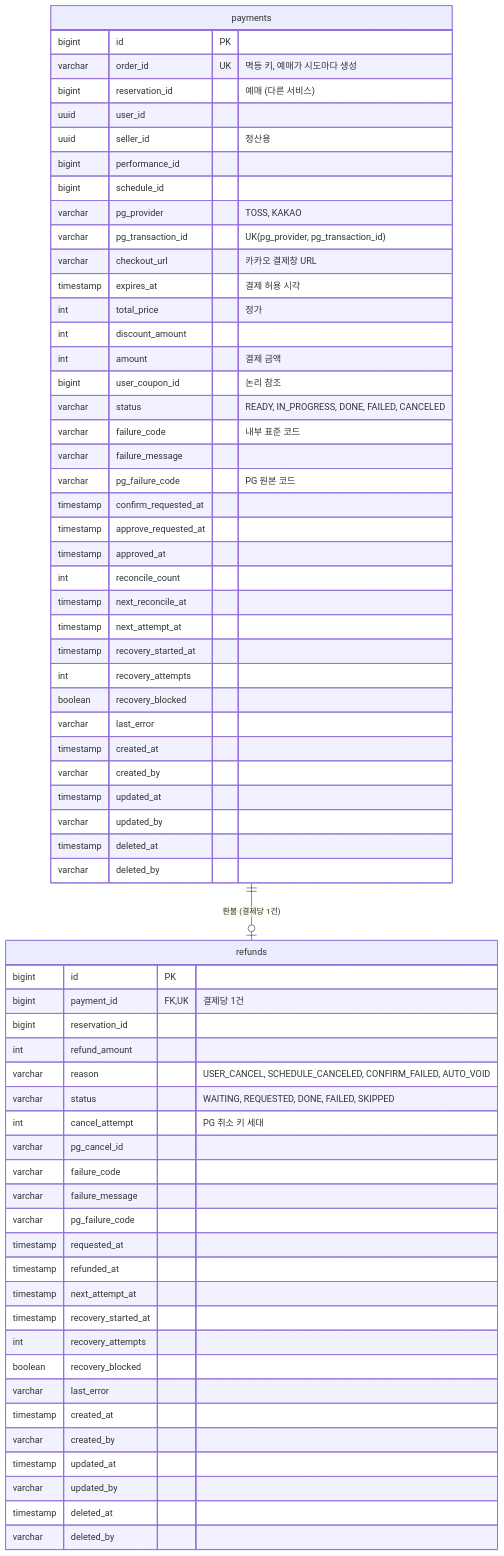
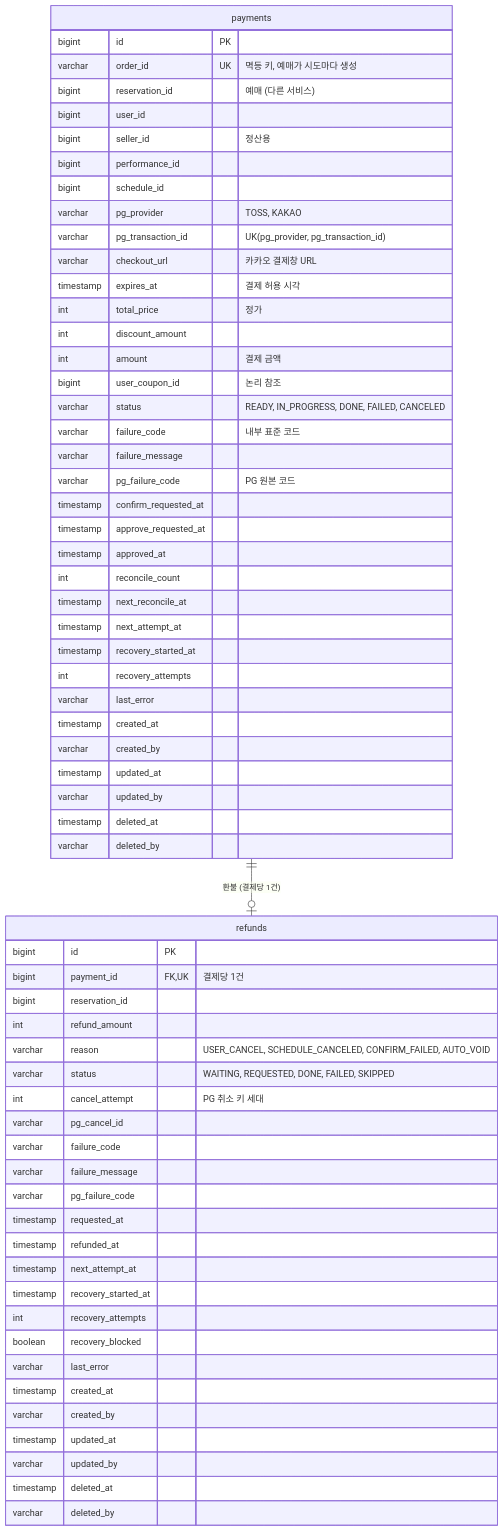
The first of 2 diagrams in docs/payment/tables.md (Good-Ticket-Service/ticket), drawn with Mermaid before and after one commit. The commit also changed other lines of this file and 27 other files, not shown here.

````diff
--- a/docs/payment/tables.md
+++ b/docs/payment/tables.md
@@ -13,69 +13,68 @@
 ```mermaid
 erDiagram
     payments ||--o| refunds : "환불 (결제당 1건)"
 
     payments {
         bigint id PK
         varchar order_id UK "멱등 키, 예매가 시도마다 생성"
         bigint reservation_id "예매 (다른 서비스)"
-        uuid user_id
-        uuid seller_id "정산용"
+        bigint user_id
+        bigint seller_id "정산용"
         bigint performance_id
         bigint schedule_id
         varchar pg_provider "TOSS, KAKAO"
         varchar pg_transaction_id "UK(pg_provider, pg_transaction_id)"
         varchar checkout_url "카카오 결제창 URL"
         timestamp expires_at "결제 허용 시각"
         int total_price "정가"
         int discount_amount
         int amount "결제 금액"
         bigint user_coupon_id "논리 참조"
         varchar status "READY, IN_PROGRESS, DONE, FAILED, CANCELED"
         varchar failure_code "내부 표준 코드"
         varchar failure_message
         varchar pg_failure_code "PG 원본 코드"
         timestamp confirm_requested_at
         timestamp approve_requested_at
         timestamp approved_at
         int reconcile_count
         timestamp next_reconcile_at
         timestamp next_attempt_at
         timestamp recovery_started_at
         int recovery_attempts
-        boolean recovery_blocked
         varchar last_error
         timestamp created_at
         varchar created_by
         timestamp updated_at
         varchar updated_by
         timestamp deleted_at
         varchar deleted_by
     }
 
     refunds {
         bigint id PK
         bigint payment_id FK, UK "결제당 1건"
         bigint reservation_id
         int refund_amount
         varchar reason "USER_CANCEL, SCHEDULE_CANCELED, CONFIRM_FAILED, AUTO_VOID"
         varchar status "WAITING, REQUESTED, DONE, FAILED, SKIPPED"
         int cancel_attempt "PG 취소 키 세대"
         varchar pg_cancel_id
         varchar failure_code
         varchar failure_message
         varchar pg_failure_code
         timestamp requested_at
         timestamp refunded_at
         timestamp next_attempt_at
         timestamp recovery_started_at
         int recovery_attempts
         boolean recovery_blocked
         varchar last_error
         timestamp created_at
         varchar created_by
         timestamp updated_at
         varchar updated_by
         timestamp deleted_at
         varchar deleted_by
     }
 ```
````
